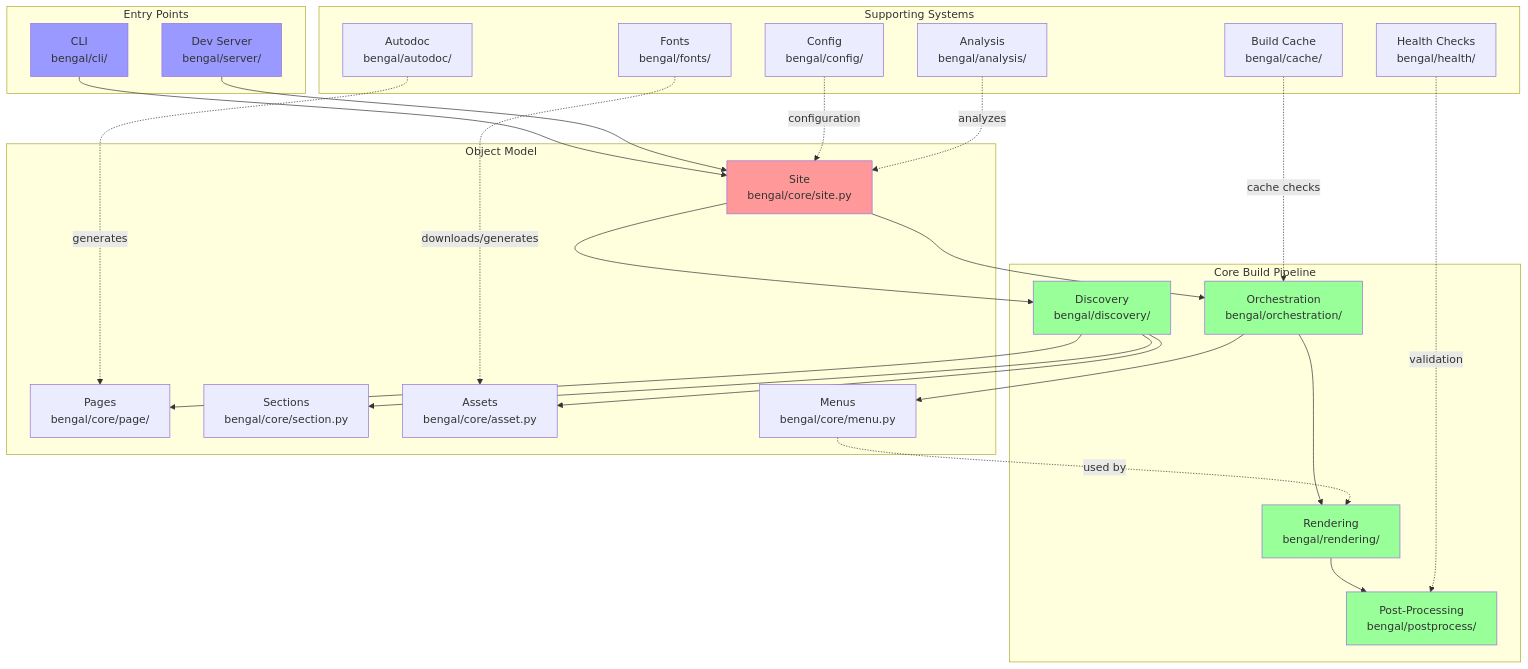
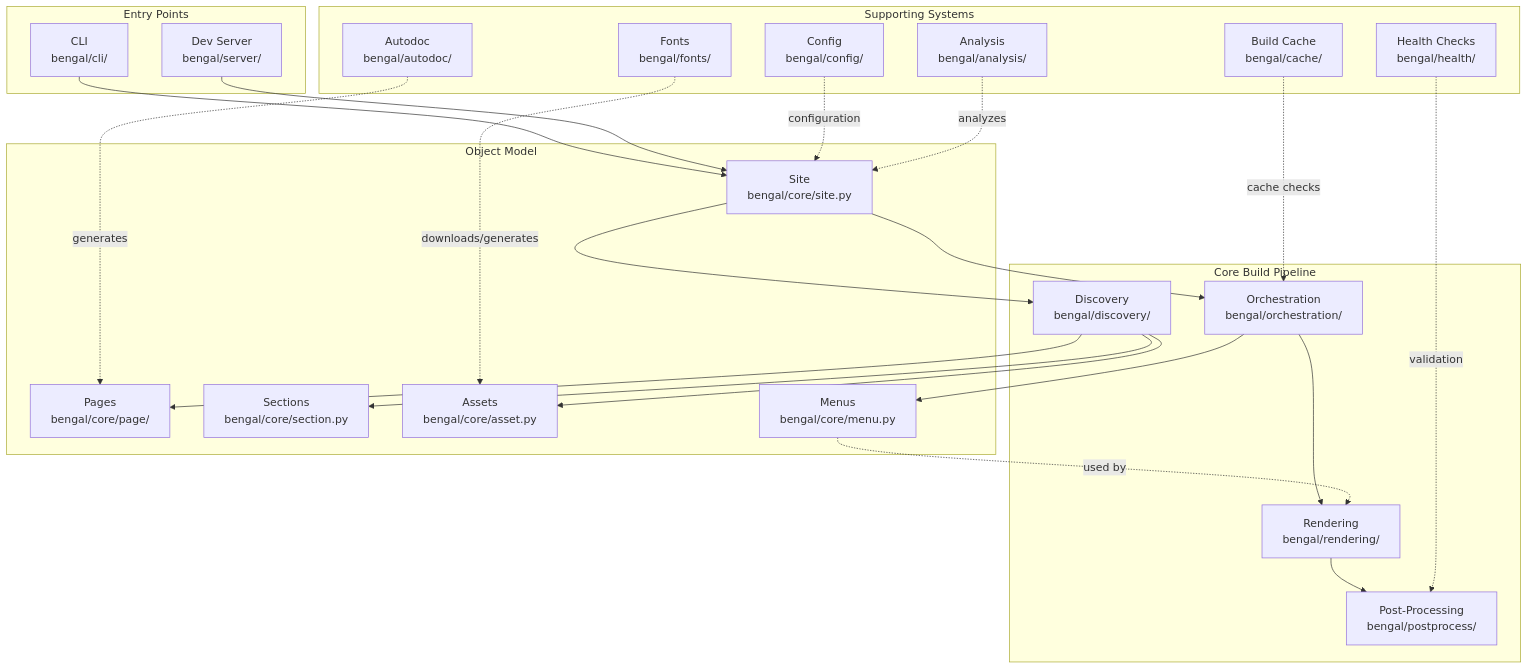
Before and after one commit to lbliii/bengal: the diagram in site/content/architecture/_index.md, drawn with Mermaid. The commit also changed 13 other files, not shown here.

Commit message:
mermaid enhancements

````diff
--- a/site/content/architecture/_index.md
+++ b/site/content/architecture/_index.md
@@ -64,57 +64,49 @@
 ```mermaid
 graph TB
     subgraph "Entry Points"
         CLI[CLI<br/>bengal/cli/]
         Server[Dev Server<br/>bengal/server/]
     end
 
     subgraph "Core Build Pipeline"
         Discovery[Discovery<br/>bengal/discovery/]
         Orchestration[Orchestration<br/>bengal/orchestration/]
         Rendering[Rendering<br/>bengal/rendering/]
         PostProcess[Post-Processing<br/>bengal/postprocess/]
     end
 
     subgraph "Object Model"
         Site[Site<br/>bengal/core/site.py]
         Pages[Pages<br/>bengal/core/page/]
         Sections[Sections<br/>bengal/core/section.py]
         Assets[Assets<br/>bengal/core/asset.py]
         Menus[Menus<br/>bengal/core/menu.py]
     end
 
     subgraph "Supporting Systems"
         Cache[Build Cache<br/>bengal/cache/]
         Health[Health Checks<br/>bengal/health/]
         Autodoc[Autodoc<br/>bengal/autodoc/]
         Config[Config<br/>bengal/config/]
         Analysis[Analysis<br/>bengal/analysis/]
         Fonts[Fonts<br/>bengal/fonts/]
     end
 
     CLI --> Site
     Server --> Site
     Site --> Discovery
     Discovery --> Pages
     Discovery --> Sections
     Discovery --> Assets
     Site --> Orchestration
     Orchestration --> Menus
     Orchestration --> Rendering
     Menus -.->|"used by"| Rendering
     Rendering --> PostProcess
     Cache -.->|"cache checks"| Orchestration
     Health -.->|"validation"| PostProcess
     Autodoc -.->|"generates"| Pages
     Config -.->|"configuration"| Site
     Analysis -.->|"analyzes"| Site
     Fonts -.->|"downloads/generates"| Assets
-
-    style Site fill:#ff9999
-    style CLI fill:#9999ff
-    style Server fill:#9999ff
-    style Discovery fill:#99ff99
-    style Orchestration fill:#99ff99
-    style Rendering fill:#99ff99
-    style PostProcess fill:#99ff99
 ```
````
